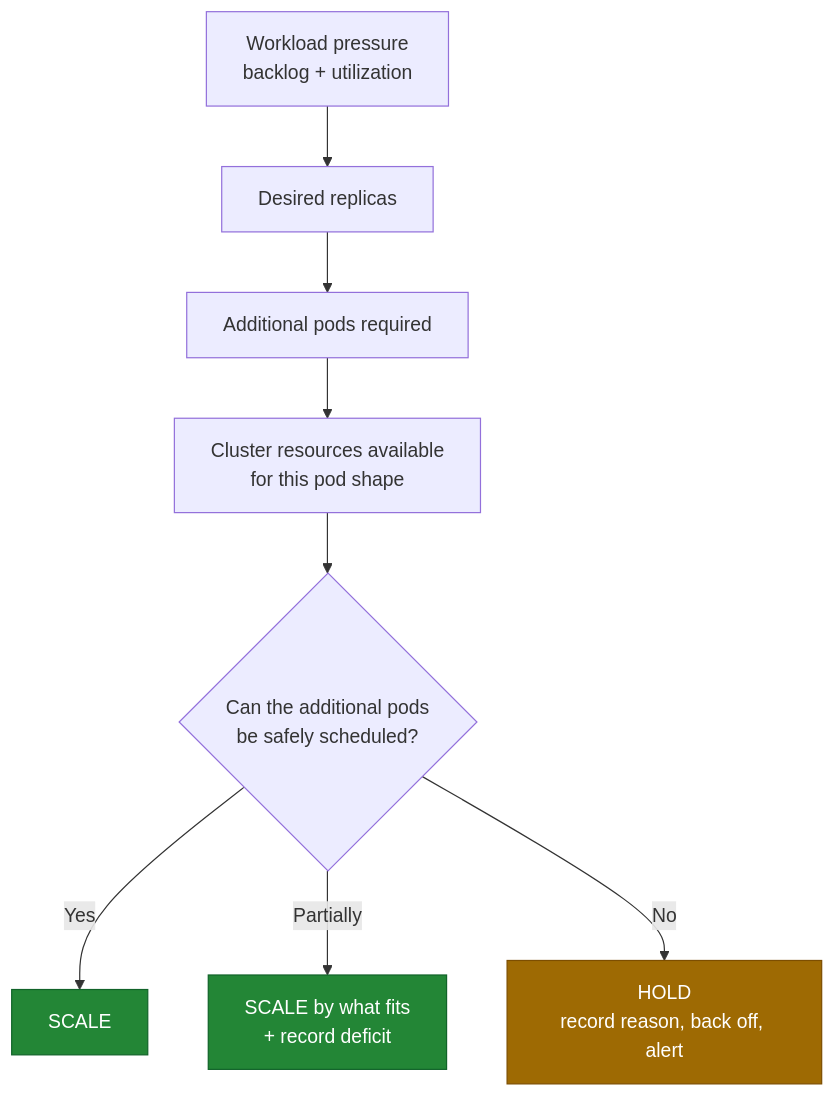
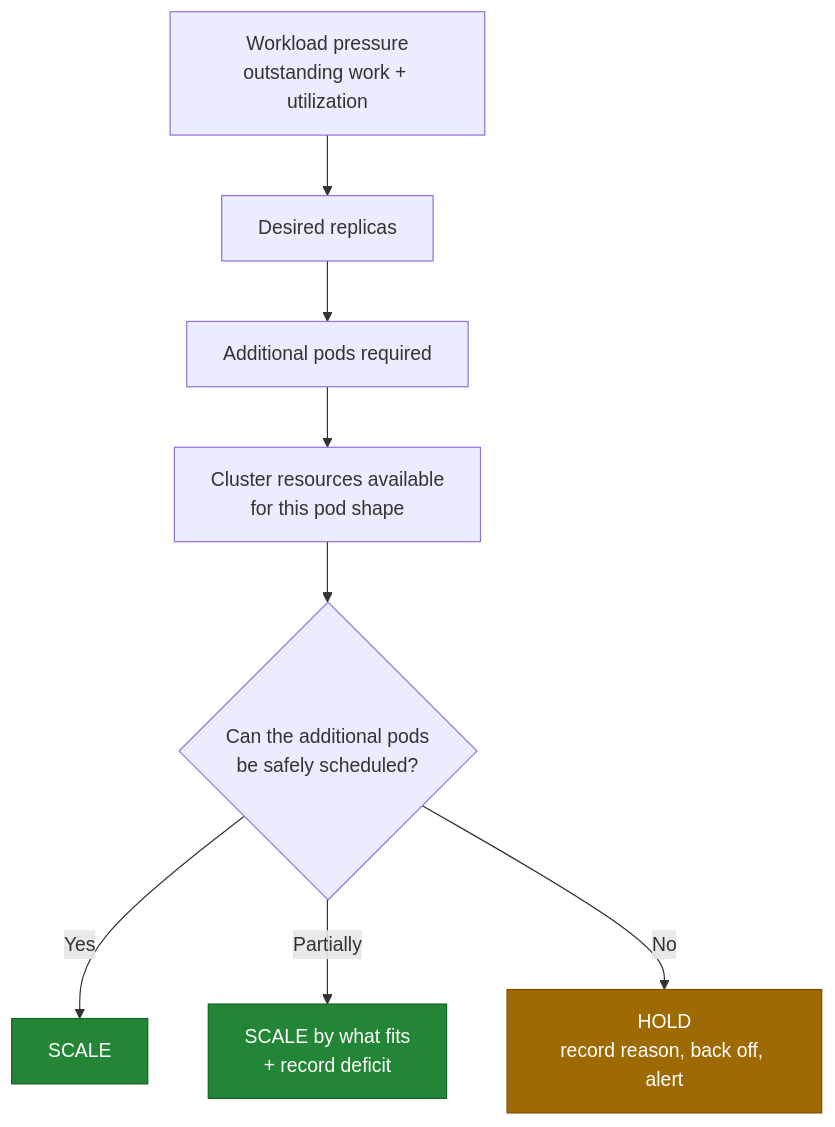
Before and after one commit to jensilin/KubeScaleSense: the first of 2 diagrams in README.md, drawn with Mermaid. The commit also changed other lines of this file and 8 other files, not shown here.

Commit message:
docs: simplify KubeScaleSense architecture

````diff
--- a/README.md
+++ b/README.md
@@ -55,15 +55,15 @@
 ```mermaid
 flowchart TD
-    W["Workload pressure<br/>backlog + utilization"] --> D["Desired replicas"]
+    W["Workload pressure<br/>outstanding work + utilization"] --> D["Desired replicas"]
     D --> N["Additional pods required"]
     N --> R["Cluster resources available<br/>for this pod shape"]
     R --> Q{"Can the additional pods<br/>be safely scheduled?"}
     Q -- Yes --> S["SCALE"]
     Q -- "Partially" --> P["SCALE by what fits<br/>+ record deficit"]
     Q -- No --> H["HOLD<br/>record reason, back off, alert"]
 
     classDef ok fill:#238636,color:#fff,stroke:#116329
     classDef hold fill:#9e6a03,color:#fff,stroke:#7d4e00
     class S,P ok
     class H hold
 ```
````
